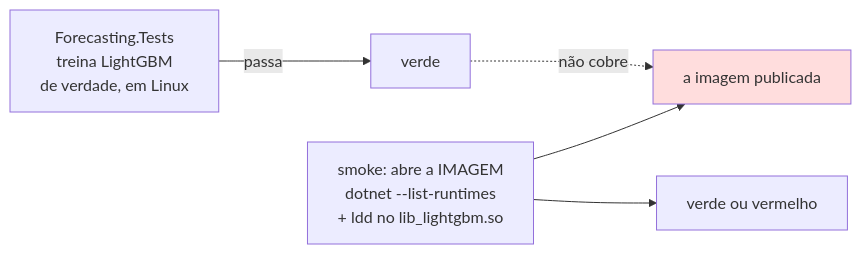
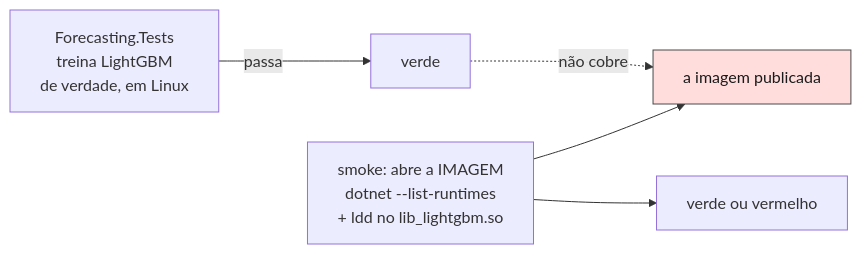
One commit to procfit/MLDemandForcastPOC changed the fifth of 9 diagrams in Docs/fluxo-de-entrega.md. Above: the diagram before and after it, drawn with Mermaid. The commit also changed other lines of this file, not shown here.

First line of the commit message:
fix(docs): pin label color on the styled diagram nodes

````diff
--- a/Docs/fluxo-de-entrega.md
+++ b/Docs/fluxo-de-entrega.md
@@ -145,10 +145,10 @@
 ```mermaid
 flowchart LR
     T["Forecasting.Tests<br/>treina LightGBM<br/>de verdade, em Linux"] -->|"passa"| OK1["verde"]
     S["smoke: abre a IMAGEM<br/>dotnet --list-runtimes<br/>+ ldd no lib_lightgbm.so"] --> OK2["verde ou vermelho"]
 
     OK1 -.->|"não cobre"| GAP["a imagem publicada"]
     S --> GAP
 
-    style GAP fill:#fdd
+    style GAP fill:#fdd,stroke:#4a4a4a,color:#1a1a1a
 ```
````
